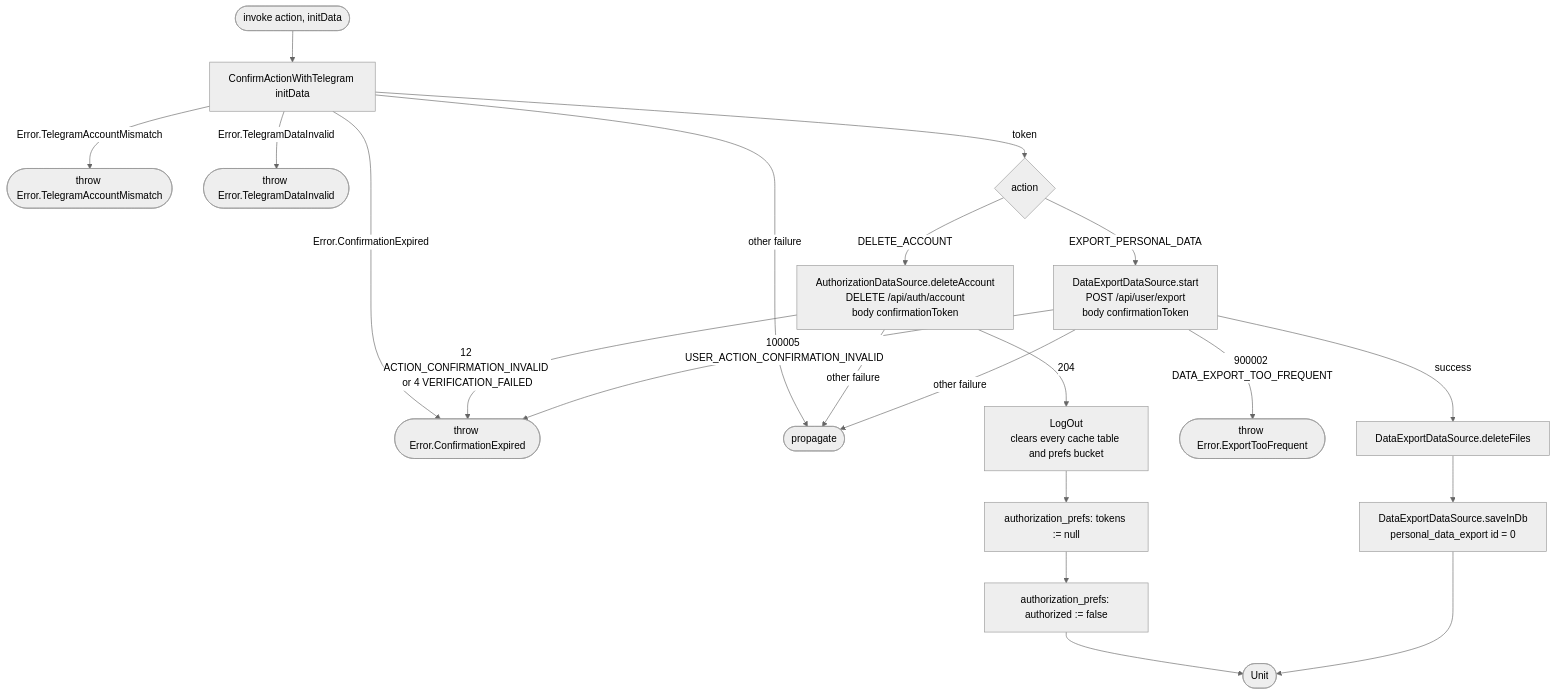
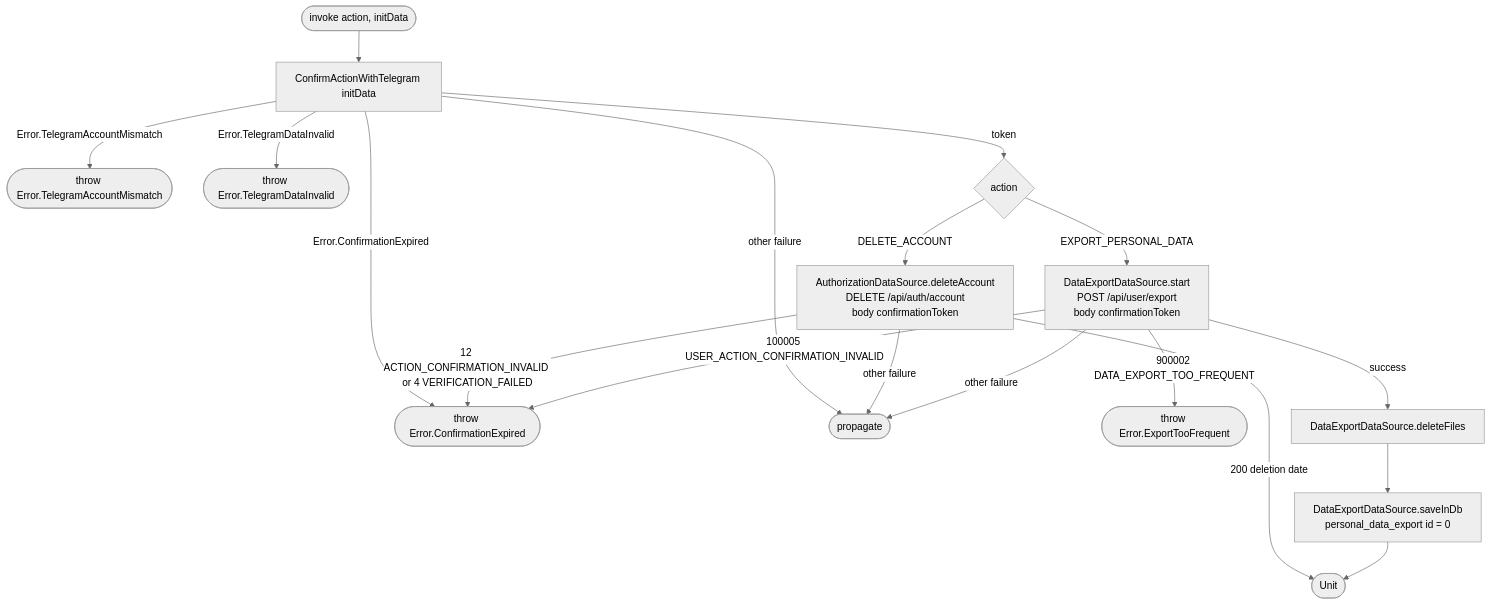
Before and after one commit to nocturneproperties/bookkme-client: the diagram in docs/operations/settings/complete-telegram-confirmation.md, drawn with Mermaid (neutral theme). The commit also changed other lines of this file and 9 other files, not shown here.

````diff
--- a/docs/operations/settings/complete-telegram-confirmation.md
+++ b/docs/operations/settings/complete-telegram-confirmation.md
@@ -12,23 +12,20 @@
 ```mermaid
 flowchart TD
     Start([invoke action, initData]) --> Confirm[ConfirmActionWithTelegram initData]
     Confirm -- Error.ConfirmationExpired --> Expired([throw Error.ConfirmationExpired])
     Confirm -- Error.TelegramAccountMismatch --> Other([throw Error.TelegramAccountMismatch])
     Confirm -- Error.TelegramDataInvalid --> Invalid([throw Error.TelegramDataInvalid])
     Confirm -- other failure --> EX([propagate])
     Confirm -- token --> Kind{action}
     Kind -- DELETE_ACCOUNT --> Del[AuthorizationDataSource.deleteAccount<br/>DELETE /api/auth/account<br/>body confirmationToken]
     Del -- 12 ACTION_CONFIRMATION_INVALID or 4 VERIFICATION_FAILED --> Expired
     Del -- other failure --> EX
-    Del -- 204 --> Out[LogOut<br/>clears every cache table and prefs bucket]
-    Out --> Clr[authorization_prefs: tokens := null]
-    Clr --> Auth[authorization_prefs: authorized := false]
-    Auth --> R([Unit])
+    Del -- 200 deletion date --> R([Unit])
     Kind -- EXPORT_PERSONAL_DATA --> Exp[DataExportDataSource.start<br/>POST /api/user/export<br/>body confirmationToken]
     Exp -- 100005 USER_ACTION_CONFIRMATION_INVALID --> Expired
     Exp -- 900002 DATA_EXPORT_TOO_FREQUENT --> Limit([throw Error.ExportTooFrequent])
     Exp -- other failure --> EX
     Exp -- success --> Prune[DataExportDataSource.deleteFiles]
     Prune --> Save[DataExportDataSource.saveInDb<br/>personal_data_export id = 0]
     Save --> R
 ```
````
